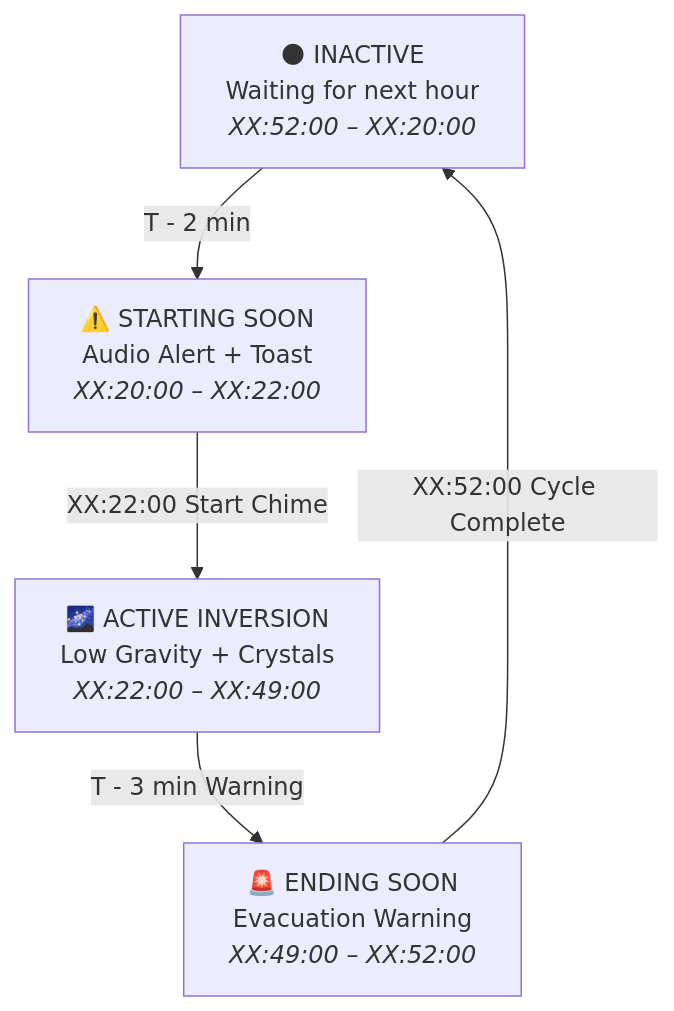
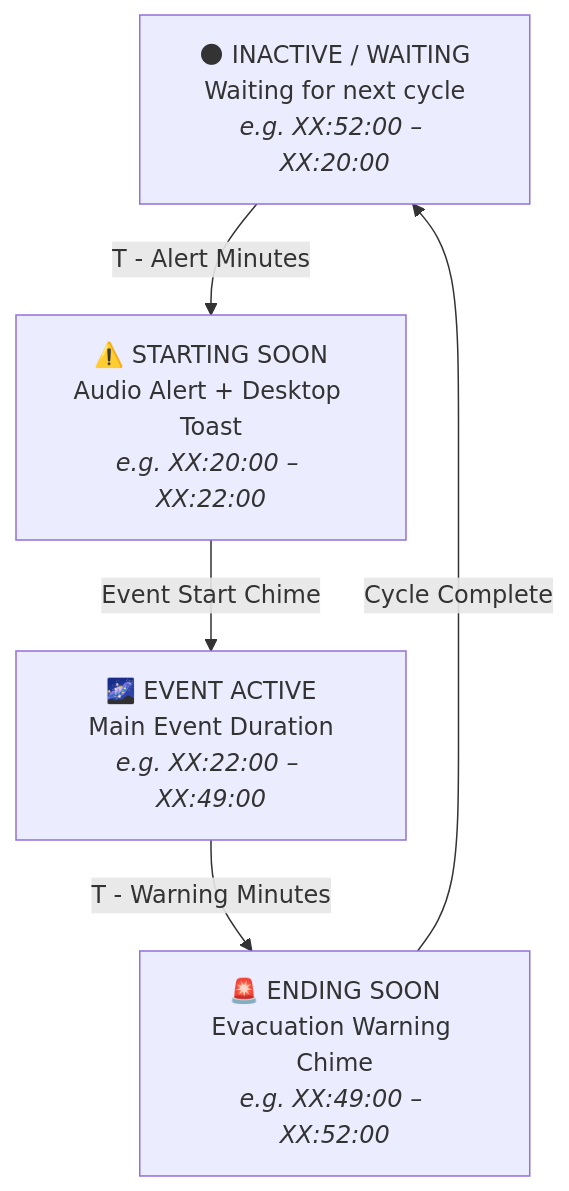
The diagram in README.md (vtstv/OHTimer), drawn with Mermaid before and after one commit. The commit also changed other lines of this file and 31 other files, not shown here.

````diff
--- a/README.md
+++ b/README.md
@@ -119,12 +129,12 @@
 ```mermaid
 flowchart TD
-    Inactive["🌑 INACTIVE<br/>Waiting for next hour<br/><i>XX:52:00 – XX:20:00</i>"]
-    StartingSoon["⚠️ STARTING SOON<br/>Audio Alert + Toast<br/><i>XX:20:00 – XX:22:00</i>"]
-    Active["🌌 ACTIVE INVERSION<br/>Low Gravity + Crystals<br/><i>XX:22:00 – XX:49:00</i>"]
-    EndingSoon["🚨 ENDING SOON<br/>Evacuation Warning<br/><i>XX:49:00 – XX:52:00</i>"]
+    Inactive["🌑 INACTIVE / WAITING<br/>Waiting for next cycle<br/><i>e.g. XX:52:00 – XX:20:00</i>"]
+    StartingSoon["⚠️ STARTING SOON<br/>Audio Alert + Desktop Toast<br/><i>e.g. XX:20:00 – XX:22:00</i>"]
+    Active["🌌 EVENT ACTIVE<br/>Main Event Duration<br/><i>e.g. XX:22:00 – XX:49:00</i>"]
+    EndingSoon["🚨 ENDING SOON<br/>Evacuation Warning Chime<br/><i>e.g. XX:49:00 – XX:52:00</i>"]
 
-    Inactive -->|"T - 2 min"| StartingSoon
-    StartingSoon -->|"XX:22:00 Start Chime"| Active
-    Active -->|"T - 3 min Warning"| EndingSoon
-    EndingSoon -->|"XX:52:00 Cycle Complete"| Inactive
+    Inactive -->|"T - Alert Minutes"| StartingSoon
+    StartingSoon -->|"Event Start Chime"| Active
+    Active -->|"T - Warning Minutes"| EndingSoon
+    EndingSoon -->|"Cycle Complete"| Inactive
 ```
````
